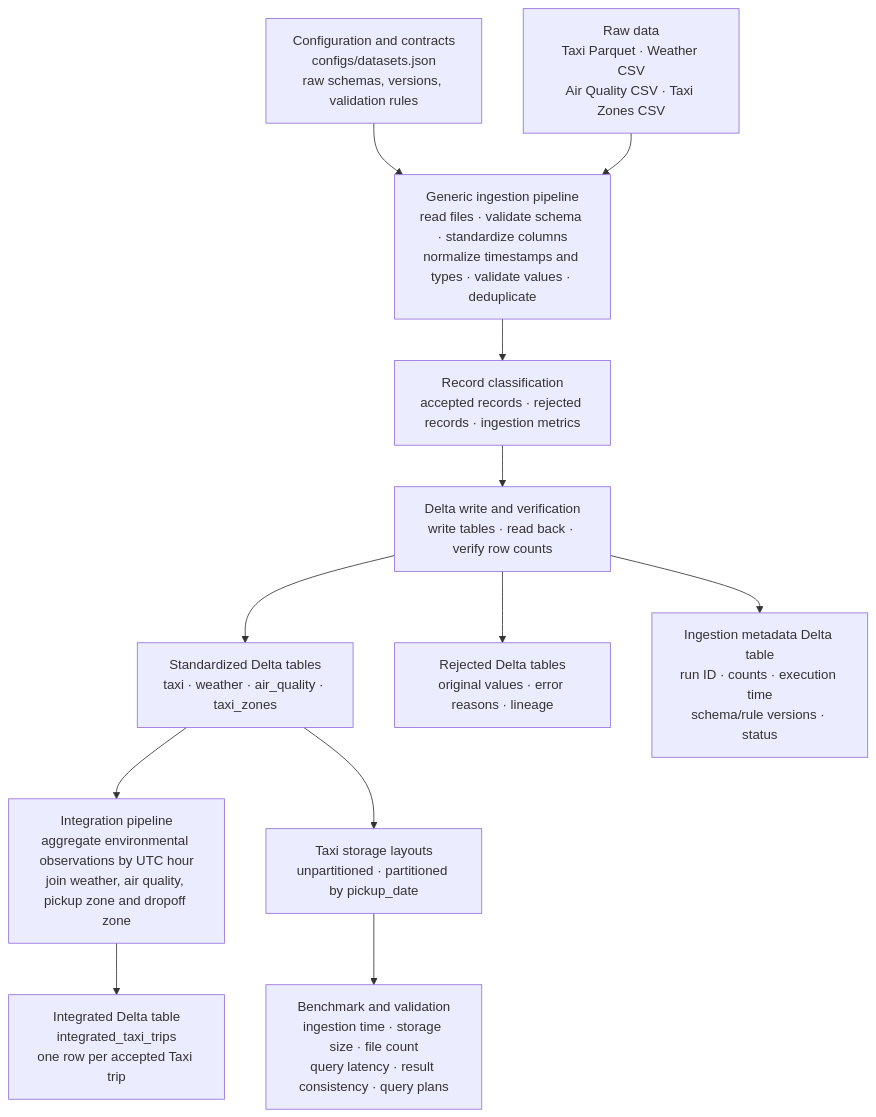
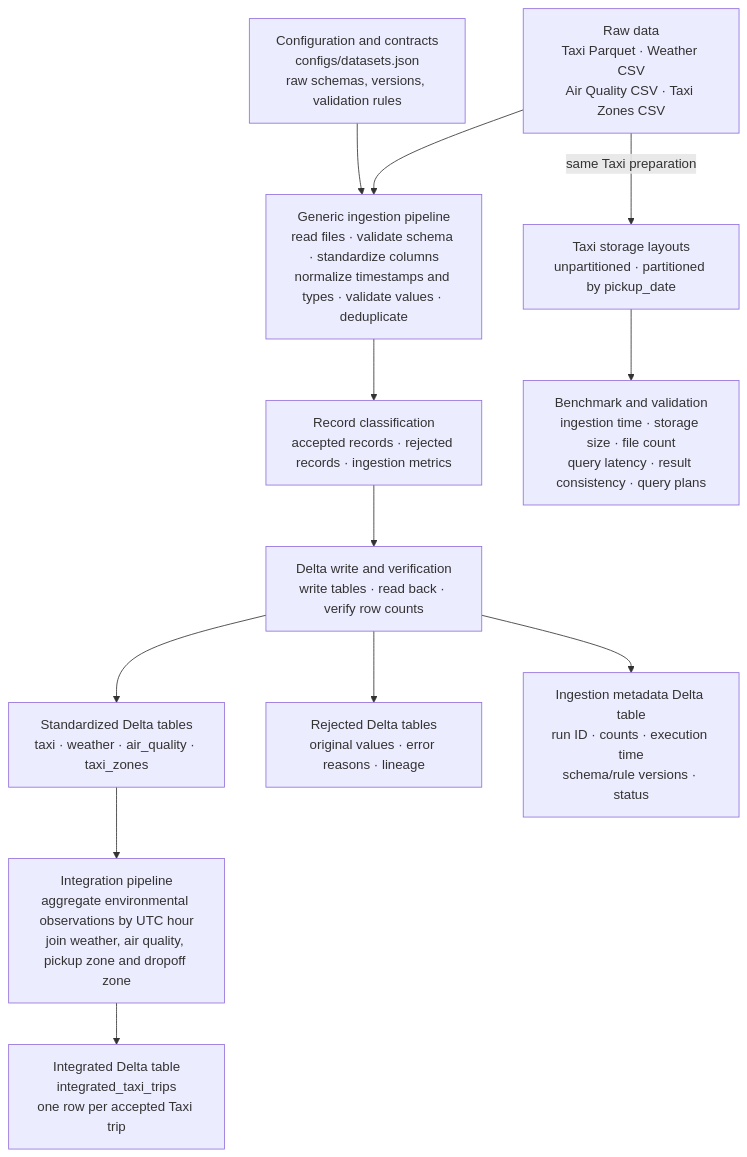
The diagram in docs/architecture.md (Mrpooool/DataIntensiveComputingLab), drawn with Mermaid before and after one commit. The commit also changed 29 other files, not shown here.

````diff
--- a/docs/architecture.md
+++ b/docs/architecture.md
@@ -3,27 +3,27 @@
 ```mermaid
 flowchart TB
     Config["Configuration and contracts<br/>configs/datasets.json<br/>raw schemas, versions, validation rules"]
     Raw["Raw data<br/>Taxi Parquet · Weather CSV<br/>Air Quality CSV · Taxi Zones CSV"]
     Ingestion["Generic ingestion pipeline<br/>read files · validate schema · standardize columns<br/>normalize timestamps and types · validate values · deduplicate"]
     Classification["Record classification<br/>accepted records · rejected records · ingestion metrics"]
     DeltaWrite["Delta write and verification<br/>write tables · read back · verify row counts"]
     Standardized["Standardized Delta tables<br/>taxi · weather · air_quality · taxi_zones"]
     Rejected["Rejected Delta tables<br/>original values · error reasons · lineage"]
     Metadata["Ingestion metadata Delta table<br/>run ID · counts · execution time<br/>schema/rule versions · status"]
     Integration["Integration pipeline<br/>aggregate environmental observations by UTC hour<br/>join weather, air quality, pickup zone and dropoff zone"]
     Integrated["Integrated Delta table<br/>integrated_taxi_trips<br/>one row per accepted Taxi trip"]
     Layouts["Taxi storage layouts<br/>unpartitioned · partitioned by pickup_date"]
     Benchmark["Benchmark and validation<br/>ingestion time · storage size · file count<br/>query latency · result consistency · query plans"]
 
     Config --> Ingestion
     Raw --> Ingestion
     Ingestion --> Classification
     Classification --> DeltaWrite
     DeltaWrite --> Standardized
     DeltaWrite --> Rejected
     DeltaWrite --> Metadata
     Standardized --> Integration
     Integration --> Integrated
-    Standardized --> Layouts
+    Raw -->|same Taxi preparation| Layouts
     Layouts --> Benchmark
 ```
````
